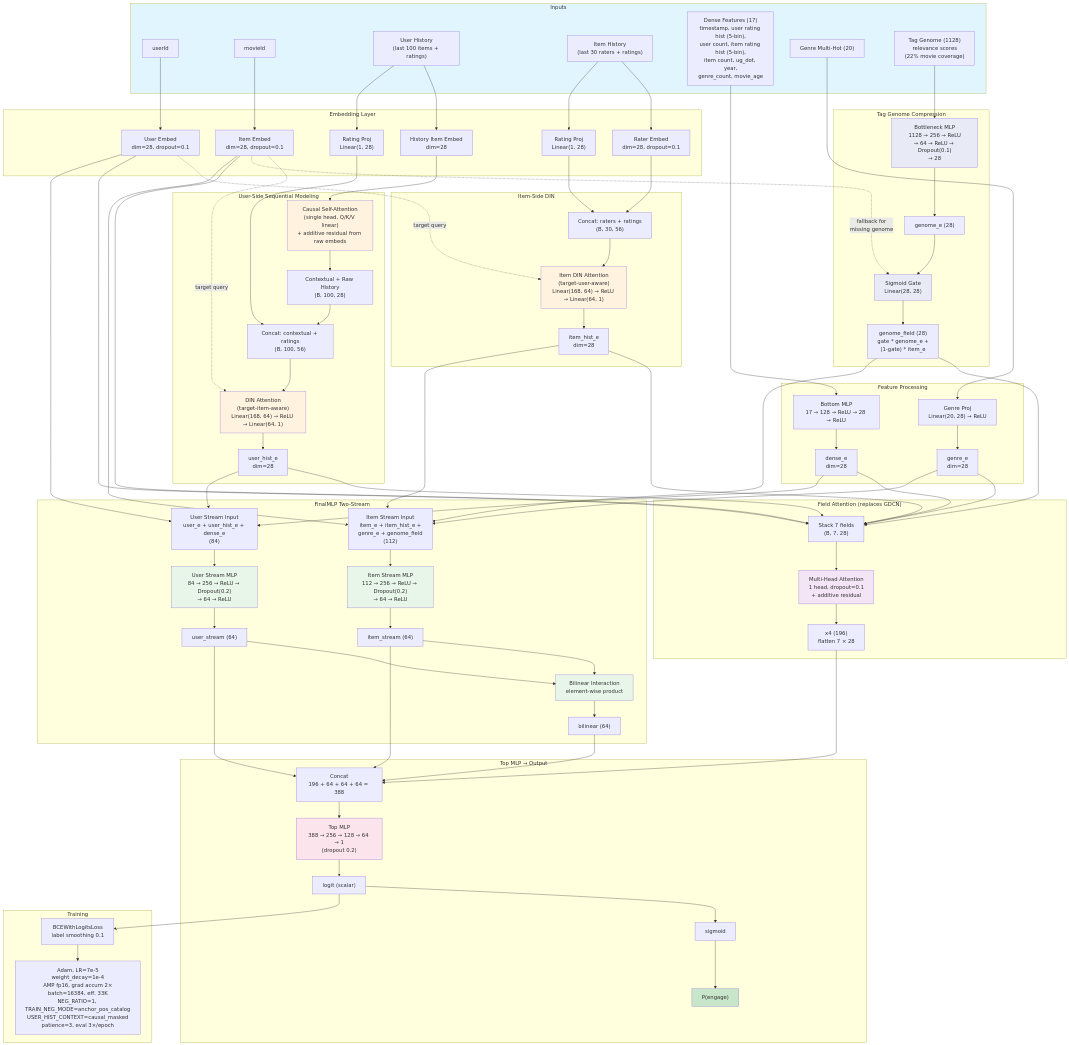
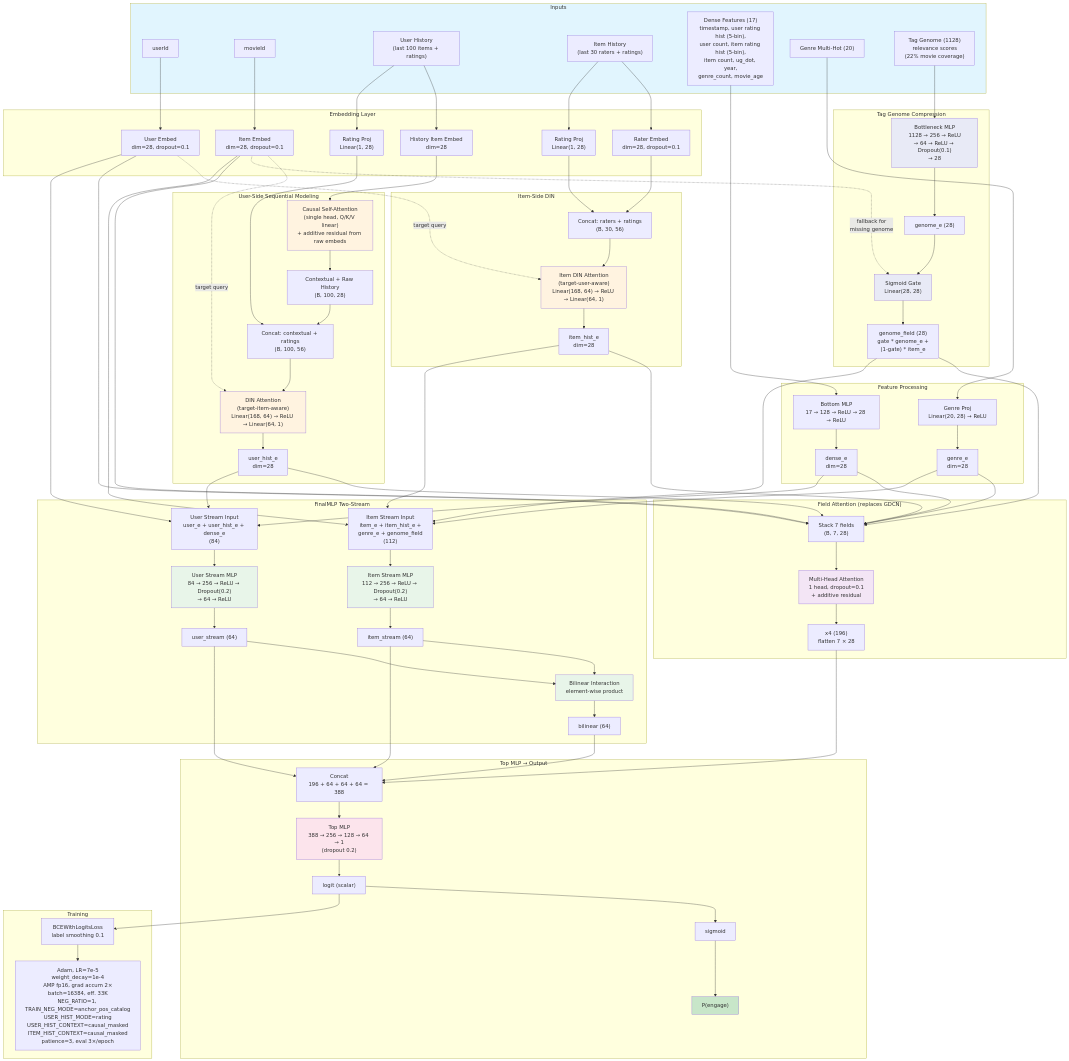
The second of 2 diagrams in README.md (thuningxu/movielens), drawn with Mermaid before and after one commit. The commit also changed 3 other files, not shown here.

Commit message:
Default to rating-pooled causal histories

```diff
--- a/README.md
+++ b/README.md
@@ -133,7 +133,7 @@
 
     subgraph "Training"
         LOGIT --> LOSS["BCEWithLogitsLoss<br/>label smoothing 0.1"]
-        LOSS --> OPT["Adam, LR=7e-5<br/>weight_decay=1e-4<br/>AMP fp16, grad accum 2×<br/>batch=16384, eff. 33K<br/>NEG_RATIO=1, TRAIN_NEG_MODE=anchor_pos_catalog<br/>USER_HIST_CONTEXT=causal_masked<br/>patience=3, eval 3×/epoch"]
+        LOSS --> OPT["Adam, LR=7e-5<br/>weight_decay=1e-4<br/>AMP fp16, grad accum 2×<br/>batch=16384, eff. 33K<br/>NEG_RATIO=1, TRAIN_NEG_MODE=anchor_pos_catalog<br/>USER_HIST_MODE=rating<br/>USER_HIST_CONTEXT=causal_masked<br/>ITEM_HIST_CONTEXT=causal_masked<br/>patience=3, eval 3×/epoch"]
     end
 
     style Inputs fill:#e1f5fe
```
